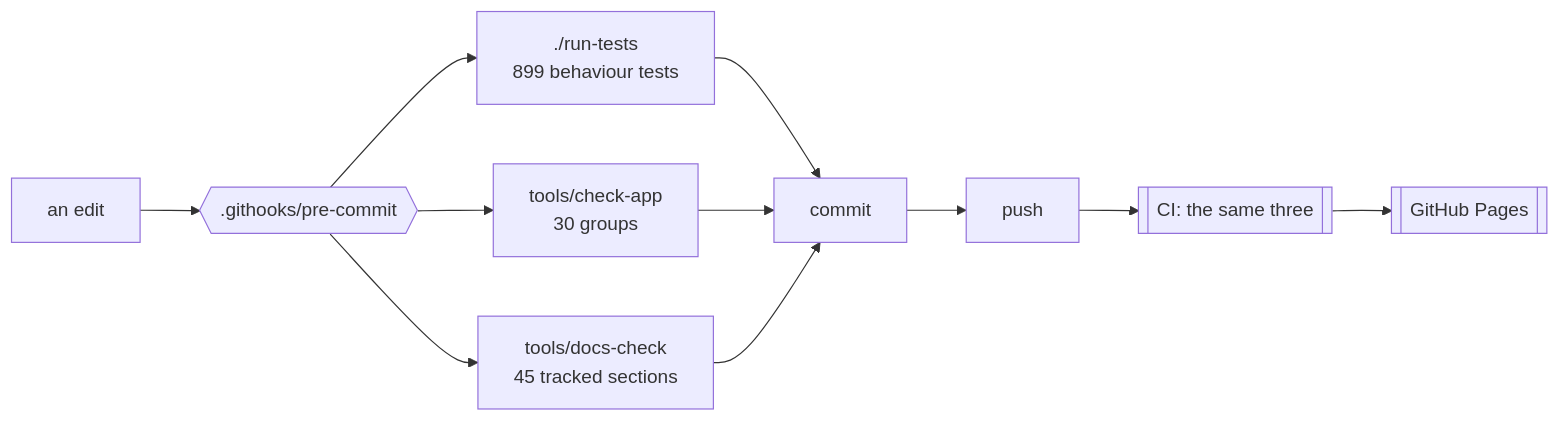
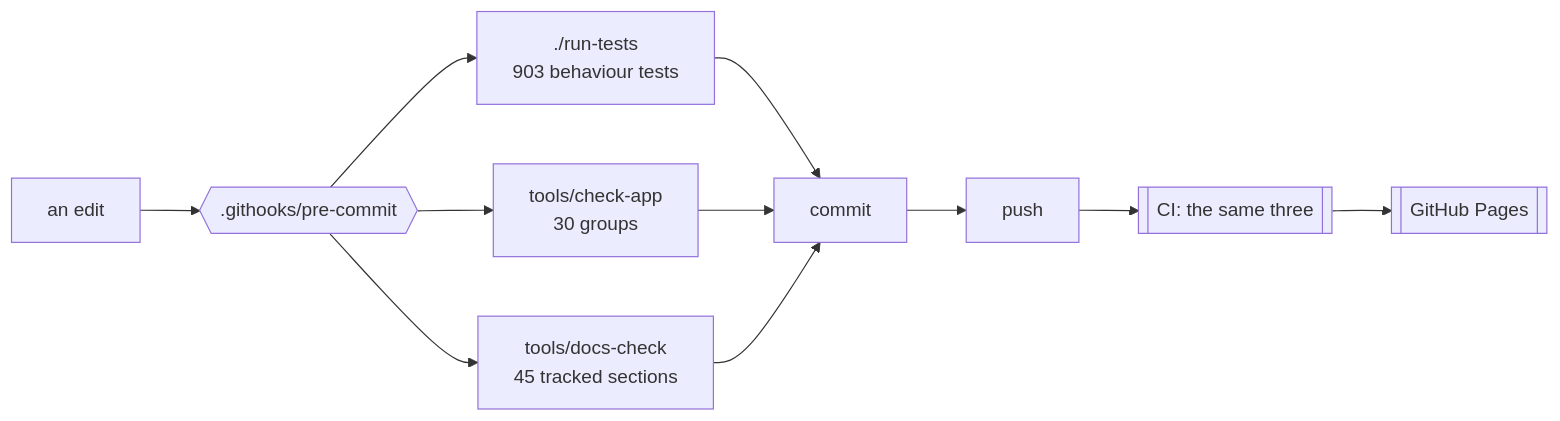
Before and after one commit to minormending/crystal-pilot-mobile: the first of 3 diagrams in docs/DEVELOPING.md, drawn with Mermaid. The commit also changed other lines of this file and 2 other files, not shown here.

````diff
--- a/docs/DEVELOPING.md
+++ b/docs/DEVELOPING.md
@@ -15,12 +15,12 @@
 ```mermaid
 flowchart LR
     E[an edit] --> H{{".githooks/pre-commit"}}
-    H --> T["./run-tests<br/>899 behaviour tests"]
+    H --> T["./run-tests<br/>903 behaviour tests"]
     H --> C["tools/check-app<br/>30 groups"]
     H --> D["tools/docs-check<br/>45 tracked sections"]
     T --> OK[commit]
     C --> OK
     D --> OK
     OK --> P[push] --> CI[["CI: the same three"]]
     CI --> PG[[GitHub Pages]]
 ```
````
